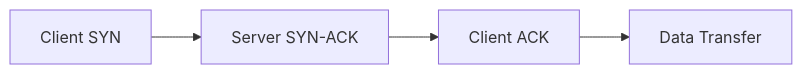
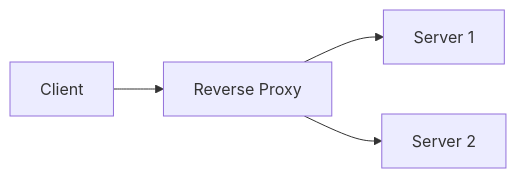
Before and after one commit to hareramcse/SystemDesign: diagram 14 of 23 in 01-networking/README.md, drawn with Mermaid. The commit also changed other lines of this file and 15 other files, not shown here.

````diff
--- a/01-networking/README.md
+++ b/01-networking/README.md
@@ -82,6 +728,6 @@
 ```mermaid
 flowchart LR
-    C[Client SYN] --> S[Server SYN-ACK]
-    S --> C2[Client ACK]
-    C2 --> Data[Data Transfer]
+    C[Client] --> RP[Reverse Proxy]
+    RP --> S1[Server 1]
+    RP --> S2[Server 2]
 ```
````
